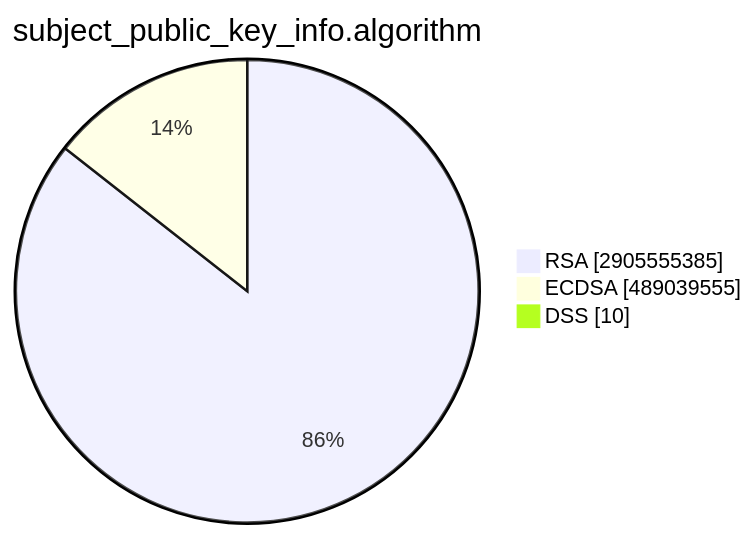
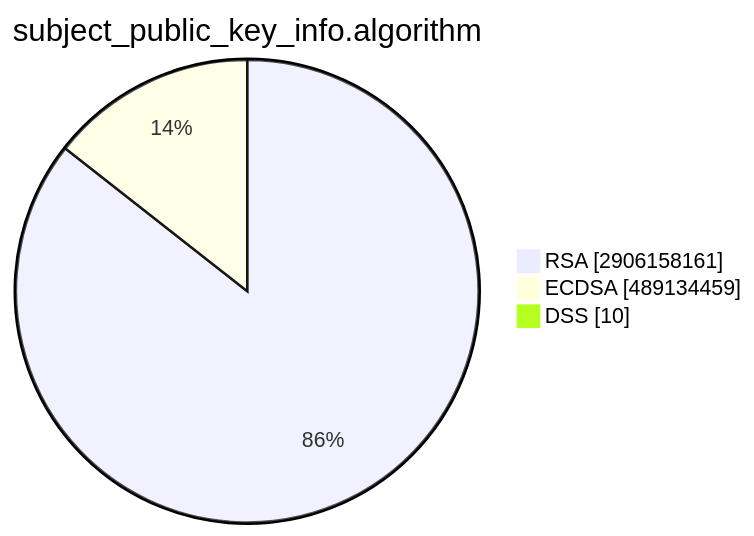
The second of 15 diagrams in TOTAL/README.md (christiankrug/ctmonitor_visualization), drawn with Mermaid before and after one commit. The commit also changed other lines of this file, not shown here.

````diff
--- a/TOTAL/README.md
+++ b/TOTAL/README.md
@@ -6,7 +6,7 @@
 ```mermaid
 pie showData
 title subject_public_key_info.algorithm
-"RSA" :2905555385
-"ECDSA" :489039555
+"RSA" :2906158161
+"ECDSA" :489134459
 "DSS" :10
 ```
````
